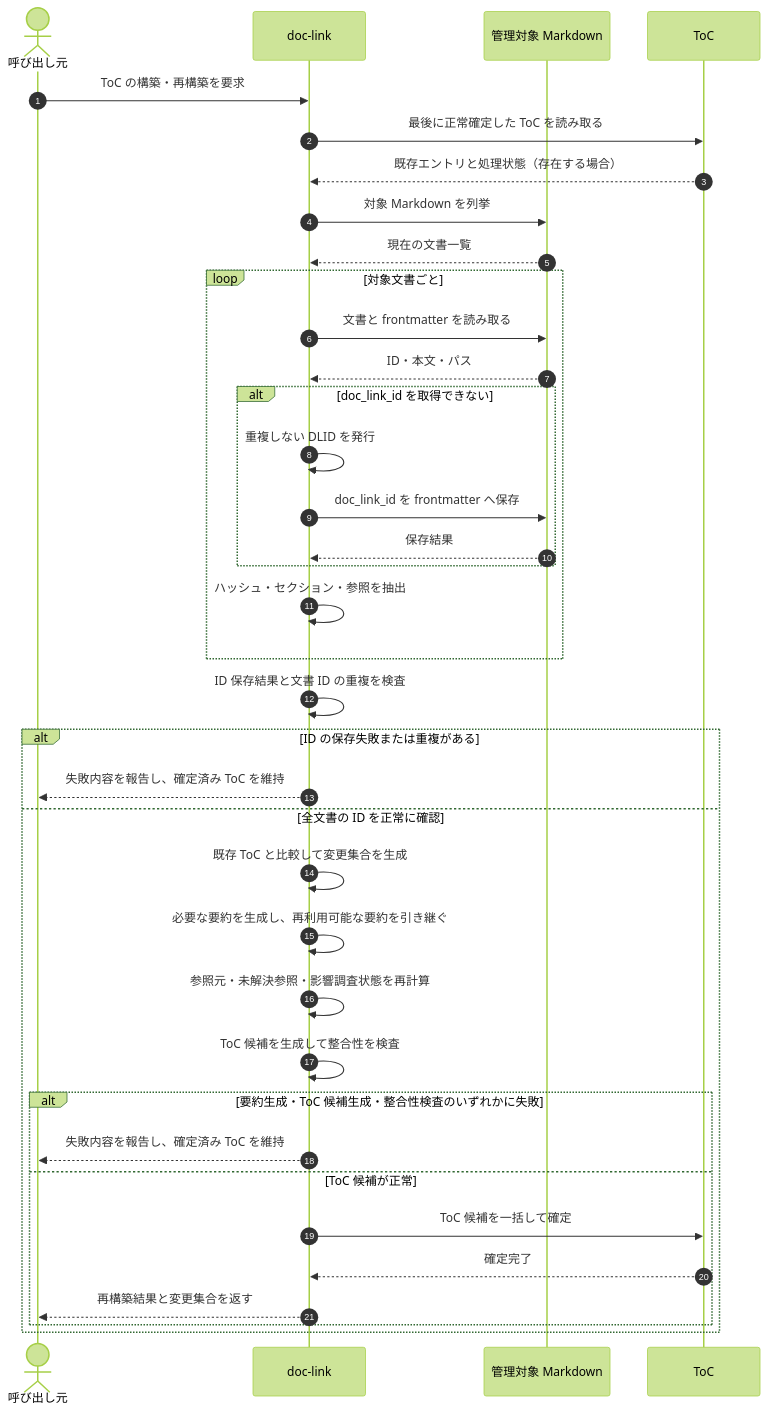
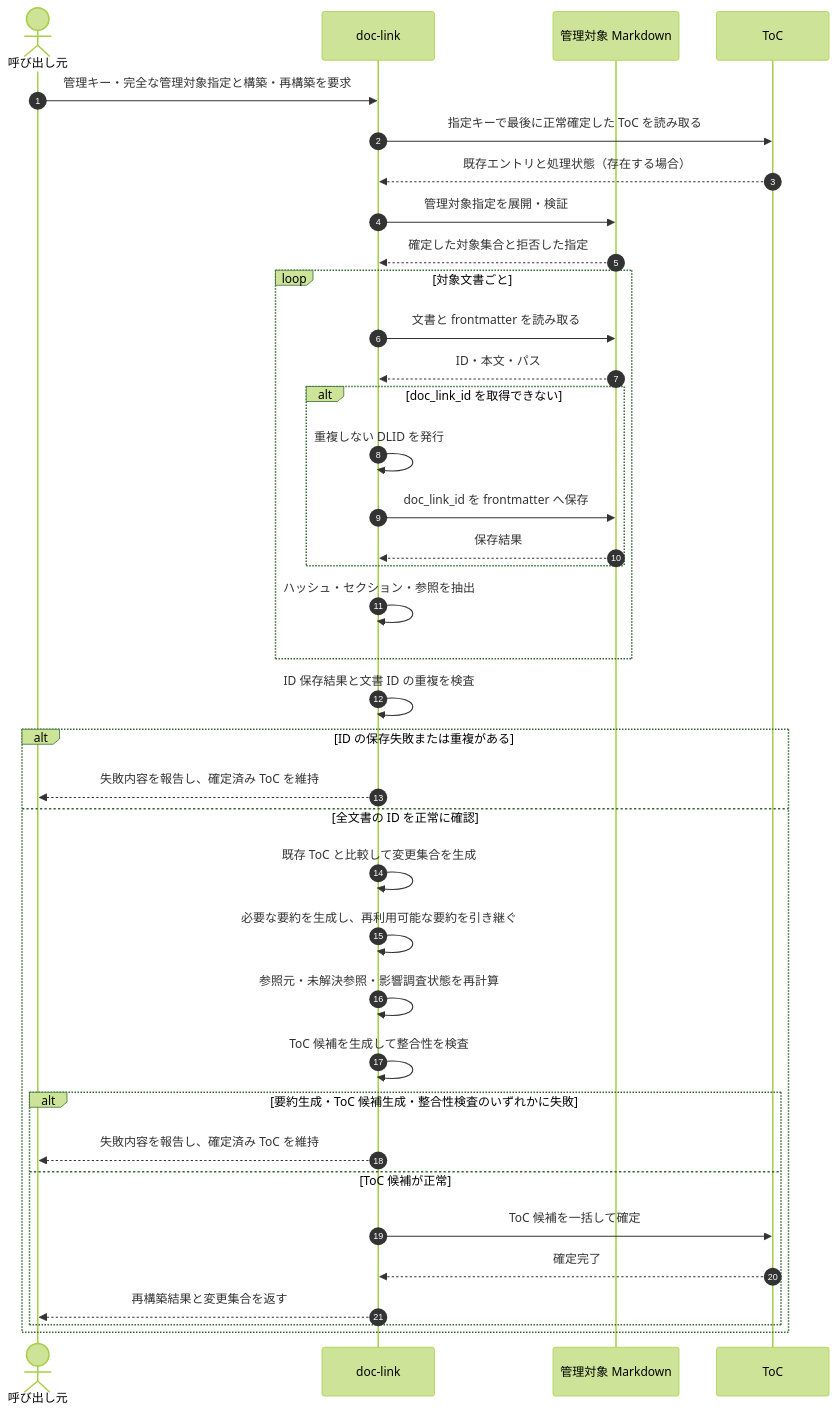
The third of 3 diagrams in doc/spec/requirement/doc_link_requirements.md (BlueEventHorizon/doc-link), drawn with Mermaid (forest theme) before and after one commit. The commit also changed other lines of this file, not shown here.

````diff
--- a/doc/spec/requirement/doc_link_requirements.md
+++ b/doc/spec/requirement/doc_link_requirements.md
@@ -550,44 +597,44 @@
 ```mermaid
 sequenceDiagram
     autonumber
     actor Caller as 呼び出し元
     participant DocLink as doc-link
     participant Docs as 管理対象 Markdown
     participant ToC as ToC
 
-    Caller->>DocLink: ToC の構築・再構築を要求
-    DocLink->>ToC: 最後に正常確定した ToC を読み取る
+    Caller->>DocLink: 管理キー・完全な管理対象指定と構築・再構築を要求
+    DocLink->>ToC: 指定キーで最後に正常確定した ToC を読み取る
     ToC-->>DocLink: 既存エントリと処理状態（存在する場合）
-    DocLink->>Docs: 対象 Markdown を列挙
-    Docs-->>DocLink: 現在の文書一覧
+    DocLink->>Docs: 管理対象指定を展開・検証
+    Docs-->>DocLink: 確定した対象集合と拒否した指定
 
     loop 対象文書ごと
         DocLink->>Docs: 文書と frontmatter を読み取る
         Docs-->>DocLink: ID・本文・パス
         alt doc_link_id を取得できない
             DocLink->>DocLink: 重複しない DLID を発行
             DocLink->>Docs: doc_link_id を frontmatter へ保存
             Docs-->>DocLink: 保存結果
         end
         DocLink->>DocLink: ハッシュ・セクション・参照を抽出
     end
 
     DocLink->>DocLink: ID 保存結果と文書 ID の重複を検査
 
     alt ID の保存失敗または重複がある
         DocLink-->>Caller: 失敗内容を報告し、確定済み ToC を維持
     else 全文書の ID を正常に確認
         DocLink->>DocLink: 既存 ToC と比較して変更集合を生成
         DocLink->>DocLink: 必要な要約を生成し、再利用可能な要約を引き継ぐ
         DocLink->>DocLink: 参照元・未解決参照・影響調査状態を再計算
         DocLink->>DocLink: ToC 候補を生成して整合性を検査
 
         alt 要約生成・ToC 候補生成・整合性検査のいずれかに失敗
             DocLink-->>Caller: 失敗内容を報告し、確定済み ToC を維持
         else ToC 候補が正常
             DocLink->>ToC: ToC 候補を一括して確定
             ToC-->>DocLink: 確定完了
             DocLink-->>Caller: 再構築結果と変更集合を返す
         end
     end
 ```
````
